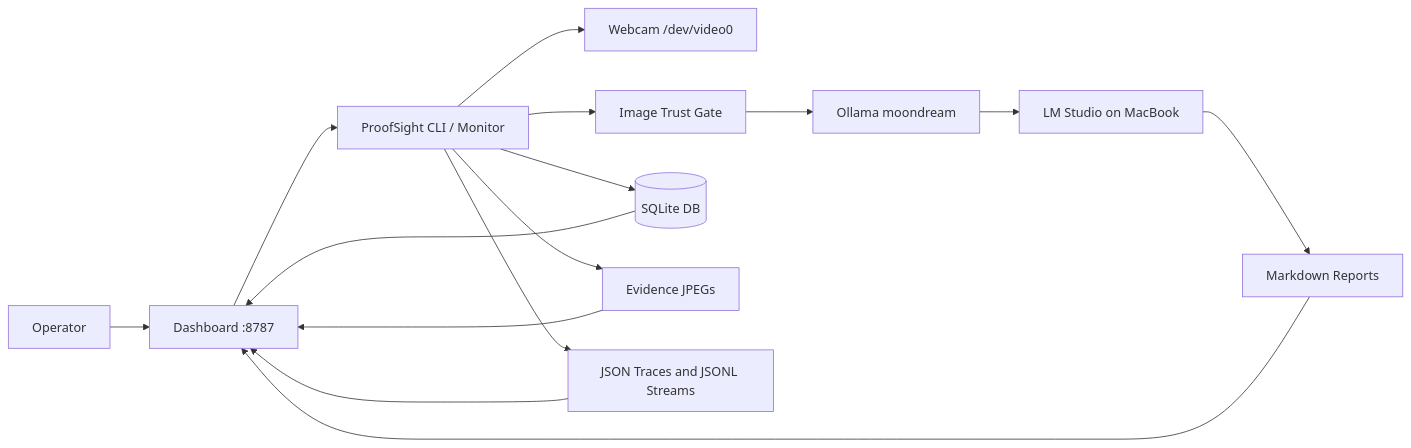
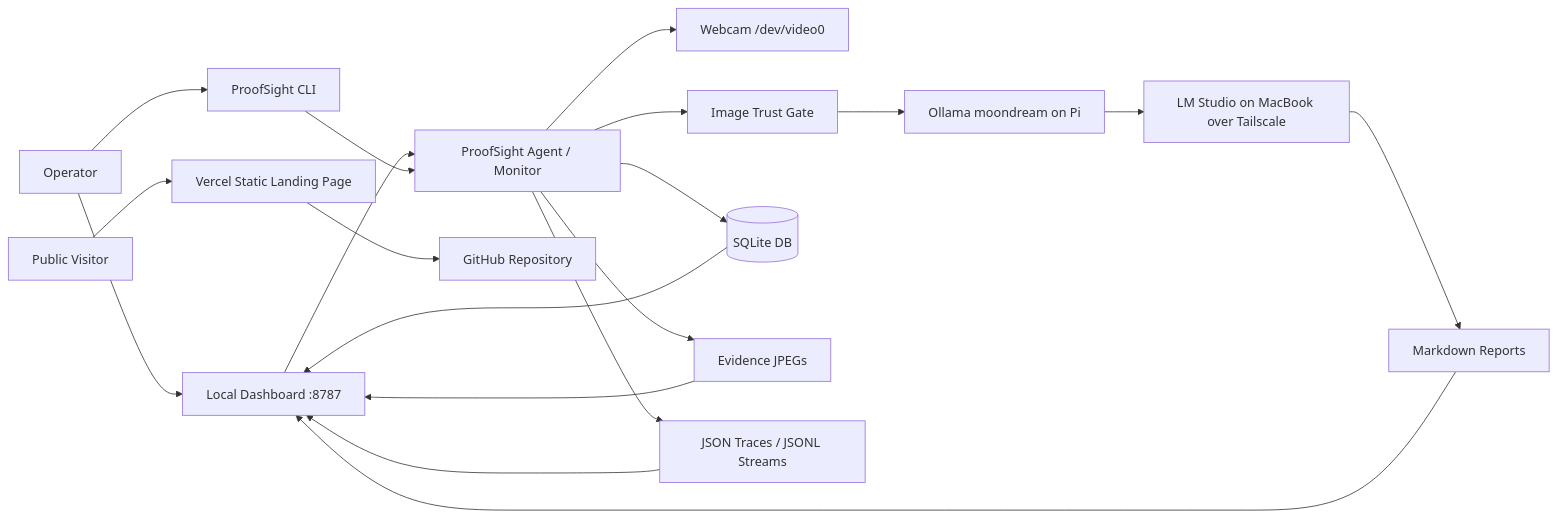
Before and after one commit to MasteraSnackin/ProofSight: the first of 2 diagrams in ARCHITECTURE.md, drawn with Mermaid. The commit also changed other lines of this file and 1 other file, not shown here.

Commit message:
Refresh README and architecture docs

````diff
--- a/ARCHITECTURE.md
+++ b/ARCHITECTURE.md
@@ -26,17 +28,21 @@
 ```mermaid
 flowchart LR
-  Operator[Operator] --> Dashboard[Dashboard :8787]
-  Dashboard --> Agent[ProofSight CLI / Monitor]
+  Operator[Operator] --> LocalDash[Local Dashboard :8787]
+  Operator --> CLI[ProofSight CLI]
+  LocalDash --> Agent[ProofSight Agent / Monitor]
+  CLI --> Agent
   Agent --> Camera[Webcam /dev/video0]
   Agent --> Gate[Image Trust Gate]
-  Gate --> Vision[Ollama moondream]
-  Vision --> Reasoning[LM Studio on MacBook]
+  Gate --> Vision[Ollama moondream on Pi]
+  Vision --> Reasoning[LM Studio on MacBook over Tailscale]
   Reasoning --> Reports[Markdown Reports]
   Agent --> DB[(SQLite DB)]
   Agent --> Evidence[Evidence JPEGs]
-  Agent --> Traces[JSON Traces and JSONL Streams]
-  Reports --> Dashboard
-  DB --> Dashboard
-  Evidence --> Dashboard
-  Traces --> Dashboard
+  Agent --> Traces[JSON Traces / JSONL Streams]
+  Reports --> LocalDash
+  DB --> LocalDash
+  Evidence --> LocalDash
+  Traces --> LocalDash
+  Visitor[Public Visitor] --> Vercel[Vercel Static Landing Page]
+  Vercel --> GitHub[GitHub Repository]
 ```
````
